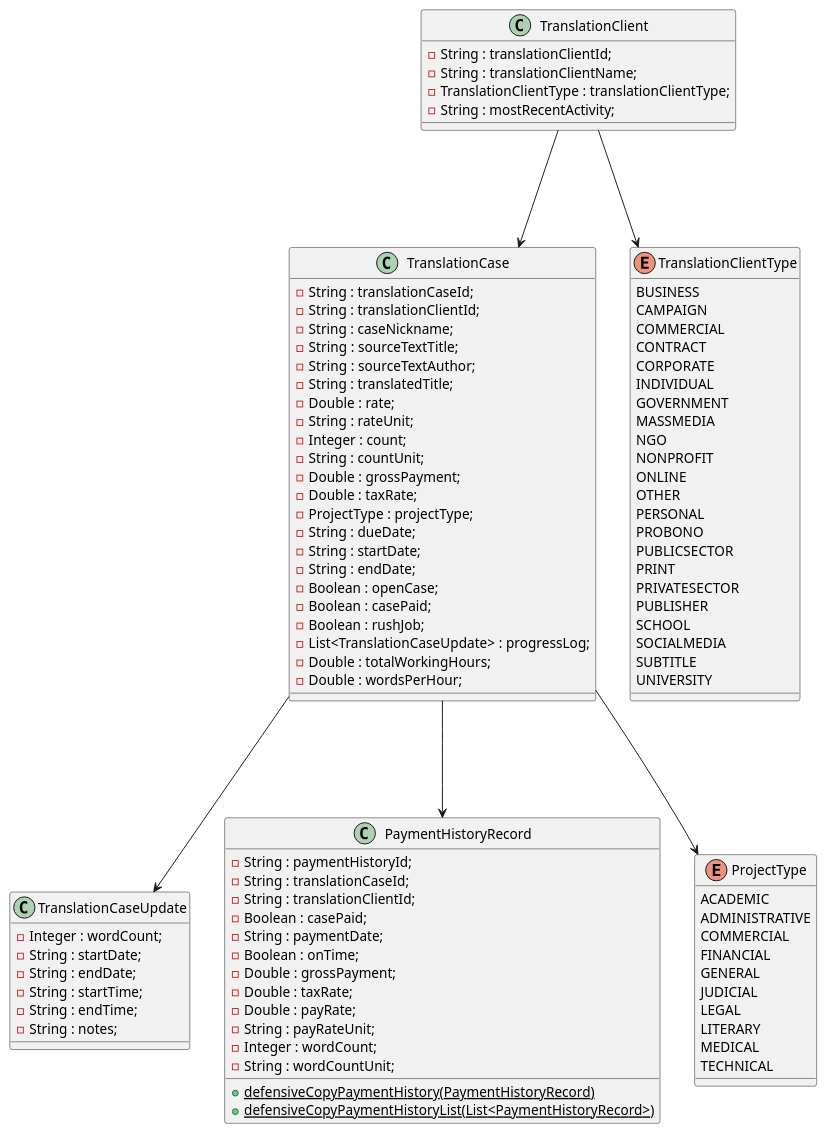
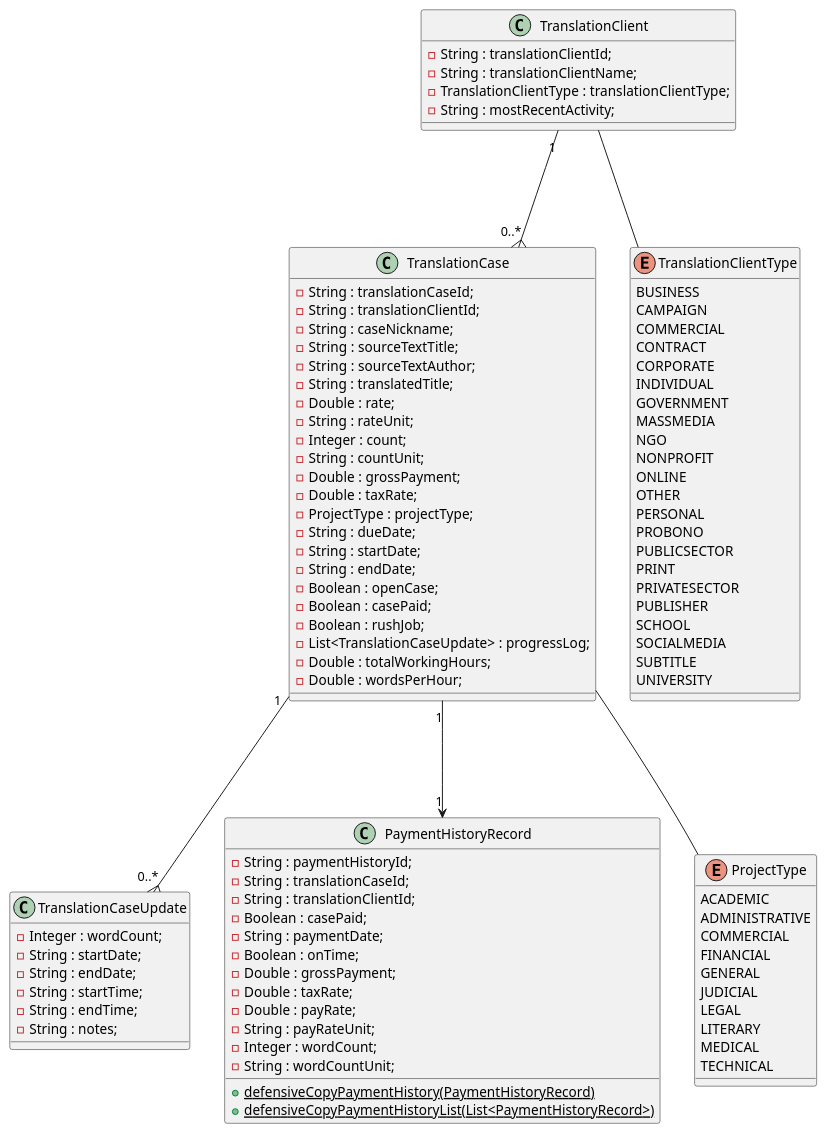
Before and after one commit to usedtothink/translation-tracker: the diagram in resources/Translation-Tracker-CD.puml, drawn with PlantUML. The commit also changed 1 other file, not shown here.

Commit message:
Refining UML class diagram

```diff
--- a/resources/Translation-Tracker-CD.puml
+++ b/resources/Translation-Tracker-CD.puml
@@ -1,108 +1,108 @@
 @startuml
 
-TranslationClient ---> TranslationCase
-TranslationClient ---> TranslationClientType
+TranslationClient "1" ---{ "0..*"TranslationCase
+TranslationClient --- TranslationClientType
 
-TranslationCase ---> TranslationCaseUpdate
-TranslationCase ---> PaymentHistoryRecord
-TranslationCase ---> ProjectType
+TranslationCase "1" ---{ "0..*" TranslationCaseUpdate
+TranslationCase "1" ---> "1" PaymentHistoryRecord
+TranslationCase --- ProjectType
 
 
 class TranslationCase {
     - String : translationCaseId;
     - String : translationClientId;
     - String : caseNickname;
     - String : sourceTextTitle;
     - String : sourceTextAuthor;
     - String : translatedTitle;
     - Double : rate;
     - String : rateUnit;
     - Integer : count;
     - String : countUnit;
     - Double : grossPayment;
     - Double : taxRate;
     - ProjectType : projectType;
     - String : dueDate;
     - String : startDate;
     - String : endDate;
     - Boolean : openCase;
     - Boolean : casePaid;
     - Boolean : rushJob;
     - List<TranslationCaseUpdate> : progressLog;
     - Double : totalWorkingHours;
     - Double : wordsPerHour;
 }
 
 class TranslationClient {
     - String : translationClientId;
     - String : translationClientName;
     - TranslationClientType : translationClientType;
     - String : mostRecentActivity;
 }
 
 class PaymentHistoryRecord {
     - String : paymentHistoryId;
     - String : translationCaseId;
     - String : translationClientId;
     - Boolean : casePaid;
     - String : paymentDate;
     - Boolean : onTime;
     - Double : grossPayment;
     - Double : taxRate;
     - Double : payRate;
     - String : payRateUnit;
     - Integer : wordCount;
     - String : wordCountUnit;
 
     + {static} defensiveCopyPaymentHistory(PaymentHistoryRecord)
     + {static} defensiveCopyPaymentHistoryList(List<PaymentHistoryRecord>)
 }
 
 class TranslationCaseUpdate {
     - Integer : wordCount;
     - String : startDate;
     - String : endDate;
     - String : startTime;
     - String : endTime;
     - String : notes;
 }
 
 enum TranslationClientType{
         BUSINESS
         CAMPAIGN
         COMMERCIAL
         CONTRACT
         CORPORATE
         INDIVIDUAL
         GOVERNMENT
         MASSMEDIA
         NGO
         NONPROFIT
         ONLINE
         OTHER
         PERSONAL
         PROBONO
         PUBLICSECTOR
         PRINT
         PRIVATESECTOR
         PUBLISHER
         SCHOOL
         SOCIALMEDIA
         SUBTITLE
         UNIVERSITY
 }
 
 enum ProjectType {
         ACADEMIC
         ADMINISTRATIVE
         COMMERCIAL
         FINANCIAL
         GENERAL
         JUDICIAL
         LEGAL
         LITERARY
         MEDICAL
         TECHNICAL
 }
 
 @enduml
```
